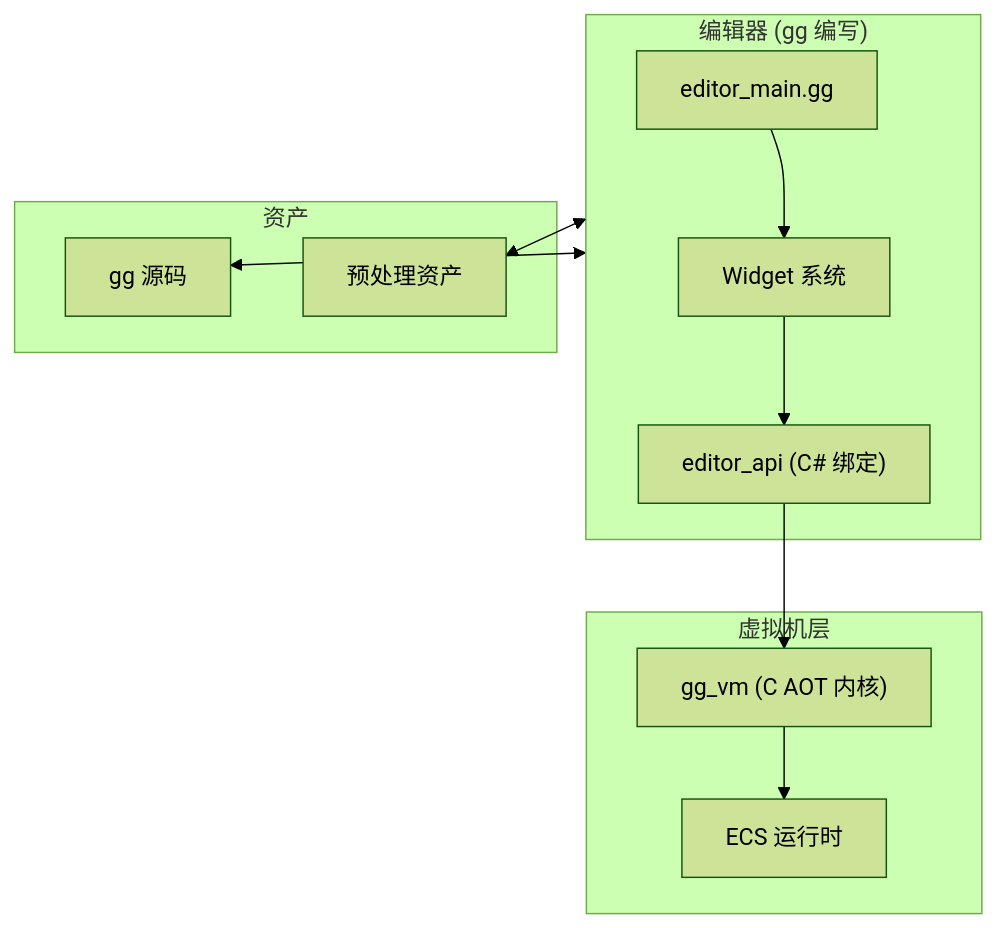
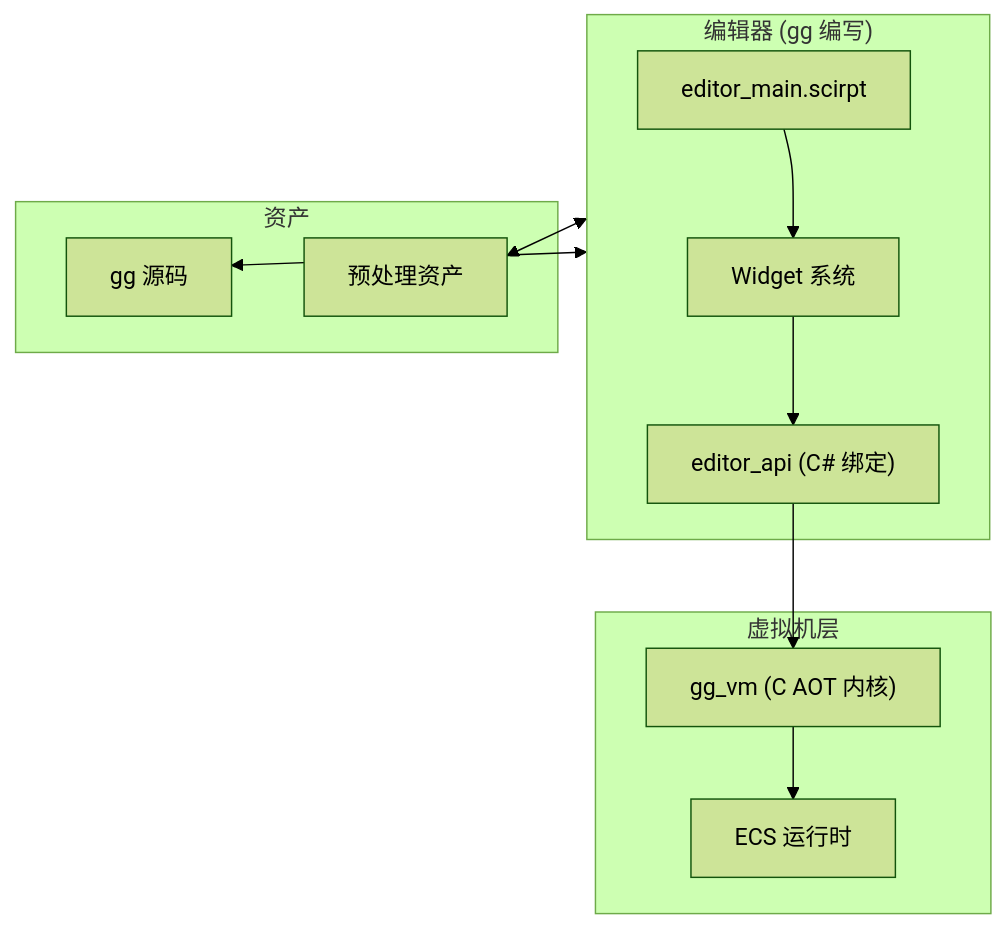
One commit to game-gpt/Gnosis.cs changed the diagram in documentation/zh-hans/development/editor.md. Above: the diagram before and after it, drawn with Mermaid (forest theme). The commit also changed other lines of this file and 16 other files, not shown here.

````diff
--- a/documentation/zh-hans/development/editor.md
+++ b/documentation/zh-hans/development/editor.md
@@ -18,25 +18,25 @@
 ```mermaid
 flowchart TB
     subgraph Editor["编辑器 (gg 编写)"]
-        editor_main["editor_main.gg"]
+        editor_main["editor_main.scirpt"]
         widgets["Widget 系统"]
         editor_api["editor_api (C# 绑定)"]
     end
 
     subgraph VM["虚拟机层"]
         gg_vm["gg_vm (C AOT 内核)"]
         ecs["ECS 运行时"]
     end
 
     subgraph Assets["资产"]
         gg_src["gg 源码"]
         cooked["预处理资产"]
     end
 
     editor_main --> widgets
     widgets --> editor_api
     editor_api --> gg_vm
     gg_vm --> ecs
     Editor <--> cooked
     Editor <--> gg_src
 ```
````
